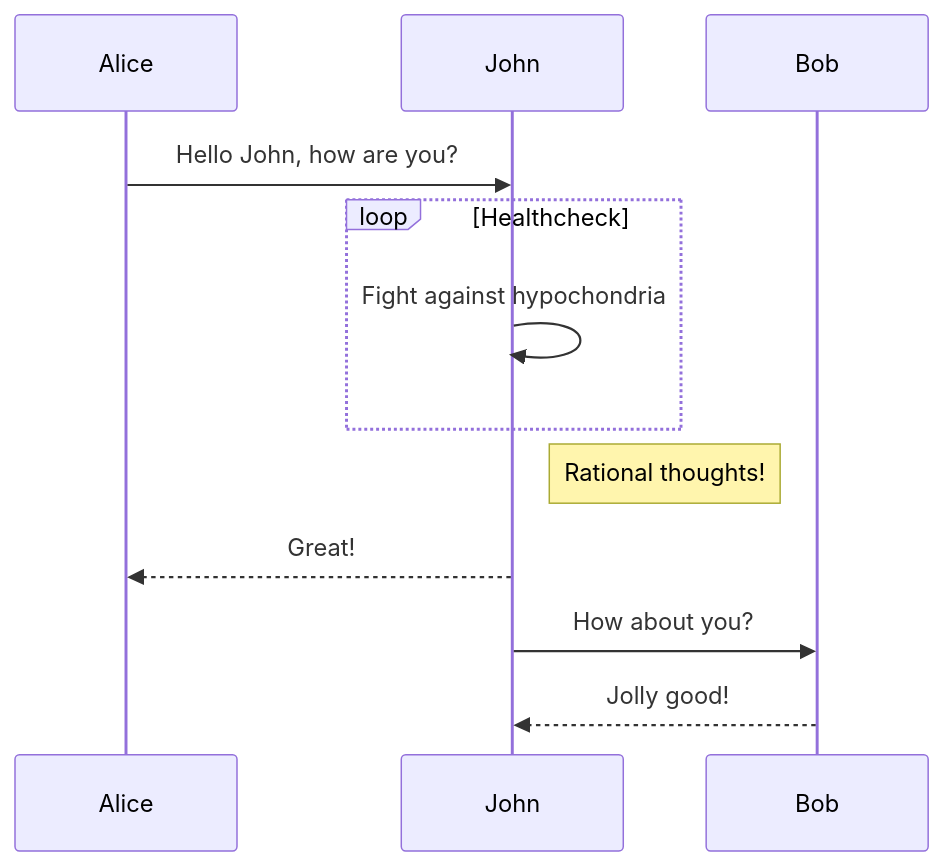
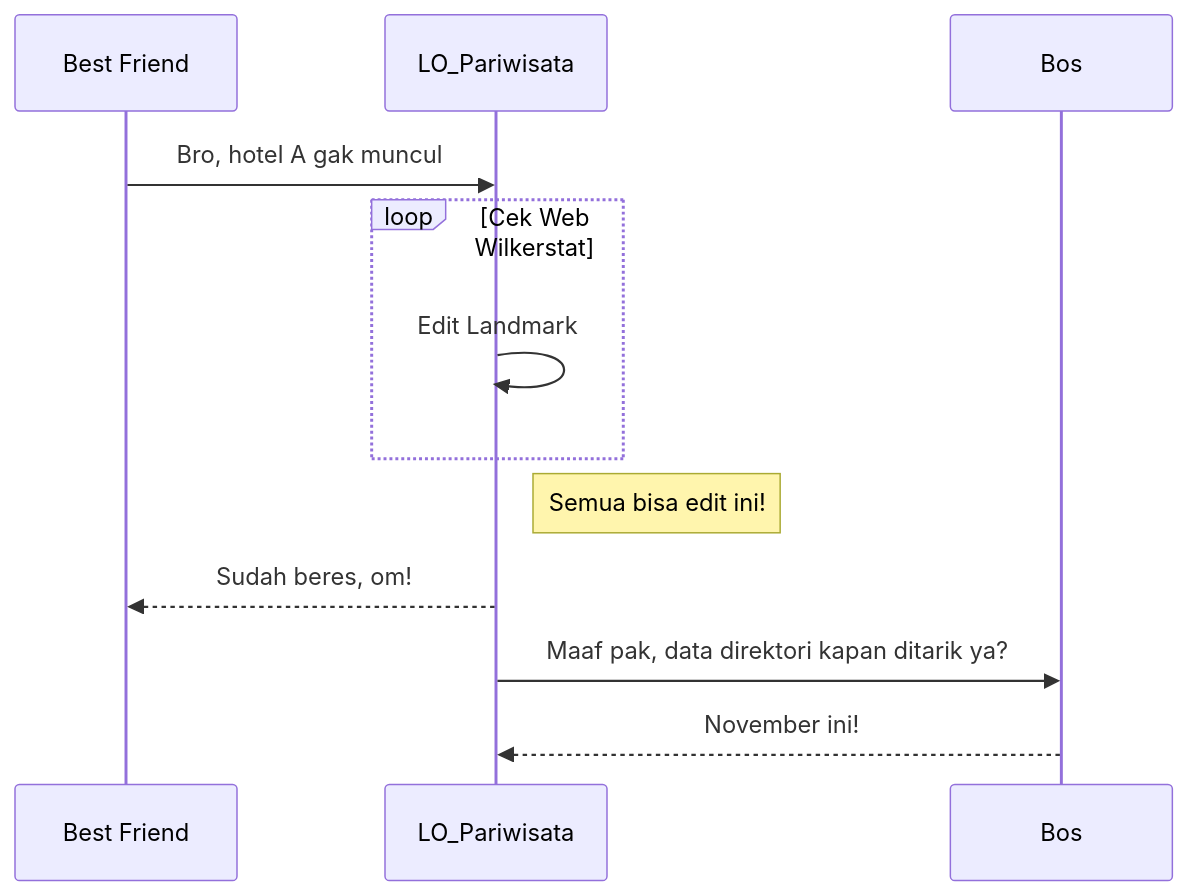
One commit to iwanff1/laughing-nemesis changed the diagram in diagram.md. Above: the diagram before and after it, drawn with Mermaid.

````diff
--- a/diagram.md
+++ b/diagram.md
@@ -1,11 +1,11 @@
 ```mermaid
   sequenceDiagram;
-  Alice->>John: Hello John, how are you?;
-  loop Healthcheck;
-      John->>John: Fight against hypochondria;
+  Best Friend->>LO_Pariwisata: Bro, hotel A gak muncul;
+  loop Cek Web Wilkerstat;
+      LO_Pariwisata->>LO_Pariwisata: Edit Landmark;
   end;
-  Note right of John: Rational thoughts!;
-  John-->>Alice: Great!;
-  John->>Bob: How about you?;
-  Bob-->>John: Jolly good!;
+  Note right of LO_Pariwisata: Semua bisa edit ini!;
+  LO_Pariwisata-->>Best Friend: Sudah beres, om!;
+  LO_Pariwisata->>Bos: Maaf pak, data direktori kapan ditarik ya?;
+  Bos-->>LO_Pariwisata: November ini!;
 ```
````
